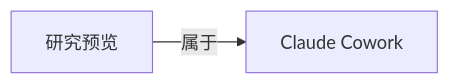
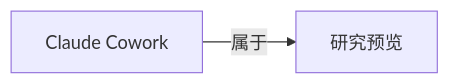
The diagram in wiki/研究预览.md (yibie/claude-best-practices-zh), drawn with Mermaid before and after one commit. The commit also changed other lines of this file and 407 other files, not shown here.

Commit message:
feat: DeepSeek 三遍审校（译文/关系/图谱）+ 可部署静态站点

````diff
--- a/wiki/研究预览.md
+++ b/wiki/研究预览.md
@@ -37,5 +39,5 @@
 ```mermaid
 graph LR
   C["研究预览"]
-  C -->|属于| N0["Claude Cowork"]
+  N0["Claude Cowork"] -->|属于| C
 ```
````
